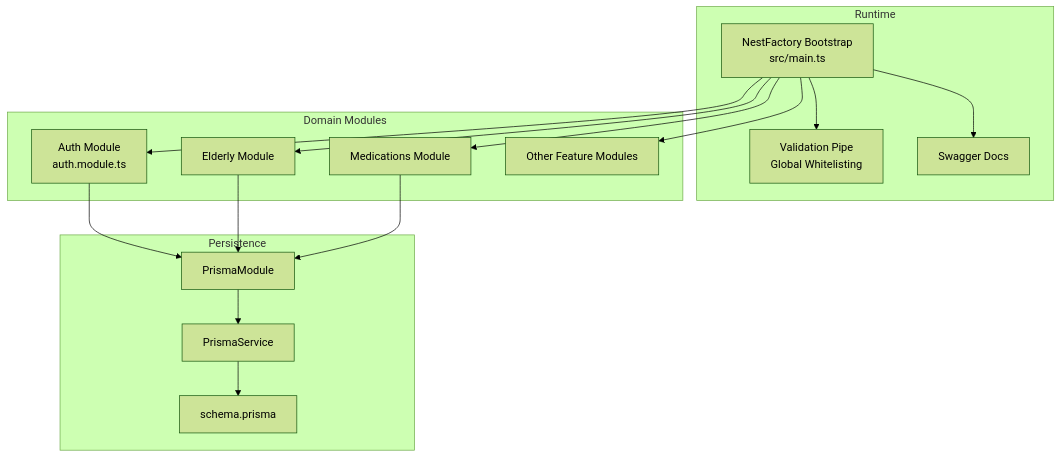
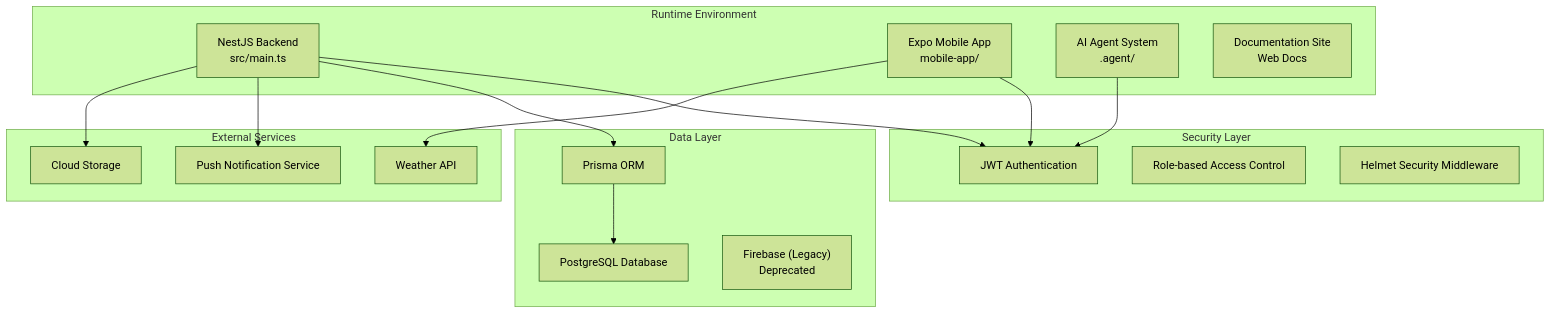
One commit to jairosouza67/99-Pai changed the second of 12 diagrams in .qoder/repowiki/en/content/Development Guidelines.md. Above: the diagram before and after it, drawn with Mermaid (forest theme). The commit also changed other lines of this file and 17 other files, not shown here.

````diff
--- a/.qoder/repowiki/en/content/Development Guidelines.md
+++ b/.qoder/repowiki/en/content/Development Guidelines.md
@@ -99,30 +146,32 @@
 ```mermaid
 graph TB
-subgraph "Runtime"
-M["NestFactory Bootstrap<br/>src/main.ts"]
-V["Validation Pipe<br/>Global Whitelisting"]
-S["Swagger Docs"]
+subgraph "Runtime Environment"
+A["NestJS Backend<br/>src/main.ts"]
+B["Expo Mobile App<br/>mobile-app/"]
+C["AI Agent System<br/>.agent/"]
+D["Documentation Site<br/>Web Docs"]
 end
-subgraph "Domain Modules"
-AU["Auth Module<br/>auth.module.ts"]
-EL["Elderly Module"]
-MD["Medications Module"]
-OT["Other Feature Modules"]
+subgraph "Security Layer"
+E["JWT Authentication"]
+F["Role-based Access Control"]
+G["Helmet Security Middleware"]
 end
-subgraph "Persistence"
-PM["PrismaModule"]
-PS["PrismaService"]
-SC["schema.prisma"]
+subgraph "Data Layer"
+H["Prisma ORM"]
+I["PostgreSQL Database"]
+J["Firebase (Legacy)<br/>Deprecated"]
 end
-M --> V
-M --> S
-M --> AU
-M --> EL
-M --> MD
-M --> OT
-AU --> PM
-EL --> PM
-MD --> PM
-PM --> PS
-PS --> SC
+subgraph "External Services"
+K["Weather API"]
+L["Push Notification Service"]
+M["Cloud Storage"]
+end
+A --> E
+B --> E
+C --> E
+A --> H
+H --> I
+B --> K
+A --> L
+A --> M
 ```
````
